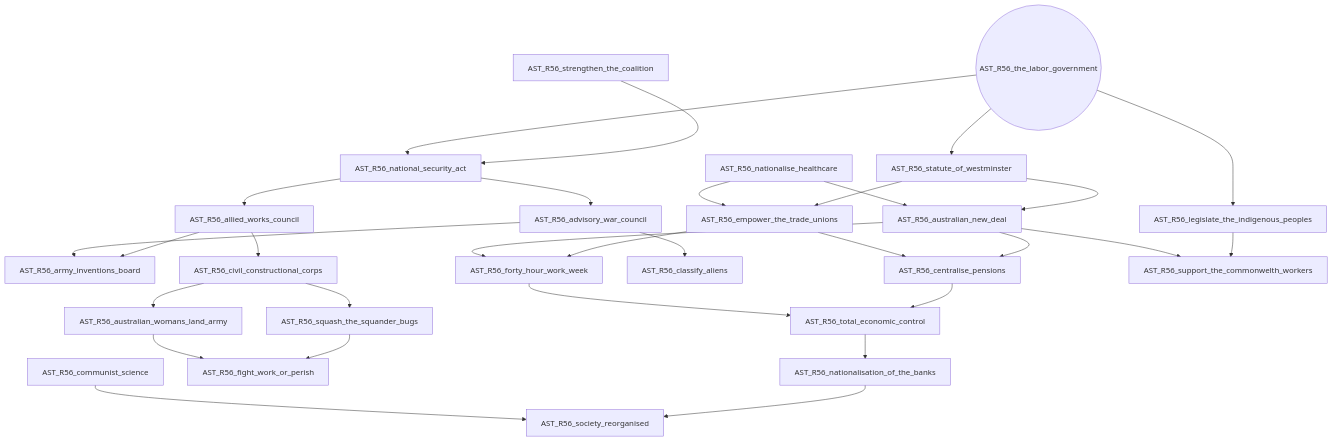
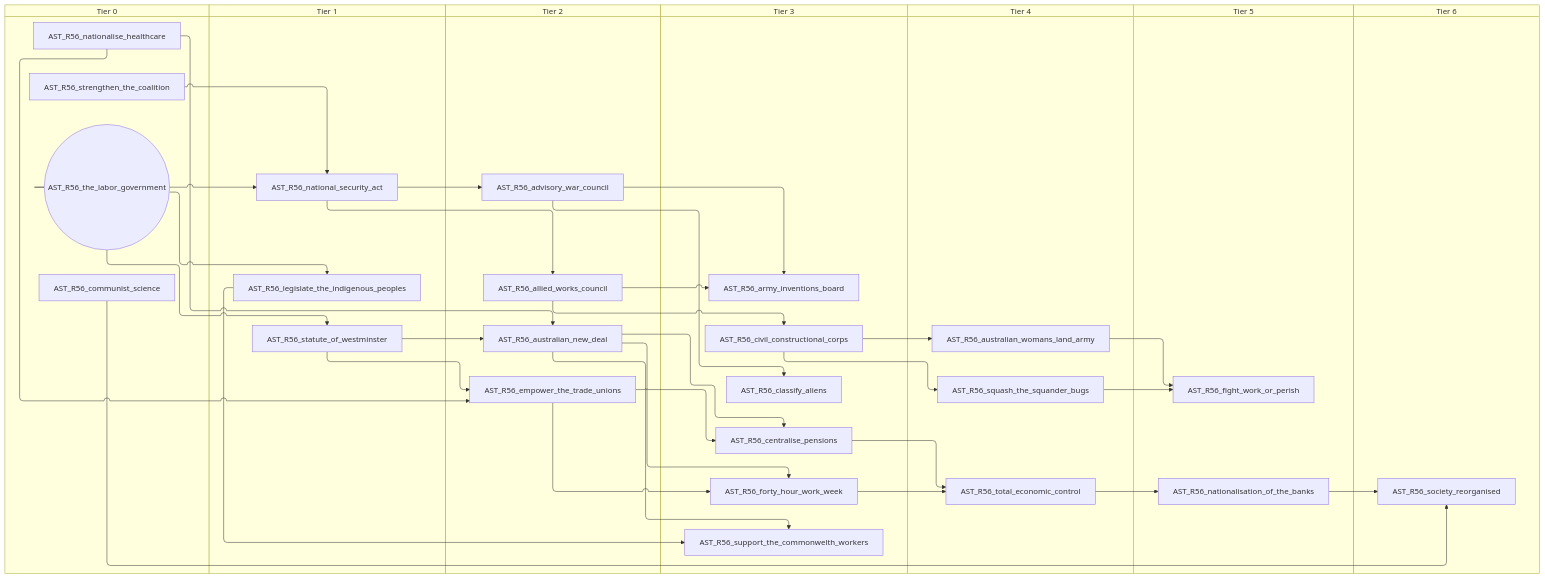
One commit to evgeny-sobol/hoi4-sandbox-mode-r56 changed diagram 11 of 12 in docs/gdd/National Focuses/australia.md. Above: the diagram before and after it, drawn with Mermaid. The commit also changed other lines of this file and 423 other files, not shown here.

First line of the commit message:
Re-export Rt56 focus trees as swimlane diagrams

````diff
--- a/docs/gdd/National Focuses/australia.md
+++ b/docs/gdd/National Focuses/australia.md
@@ -549,55 +669,69 @@
 ```mermaid
-flowchart TD
-    n142["AST_R56_advisory_war_council"]
-    n143["AST_R56_allied_works_council"]
-    n146["AST_R56_army_inventions_board"]
-    n4["AST_R56_australian_new_deal"]
-    n147["AST_R56_australian_womans_land_army"]
-    n5["AST_R56_centralise_pensions"]
-    n148["AST_R56_civil_constructional_corps"]
-    n149["AST_R56_classify_aliens"]
-    n7["AST_R56_communist_science"]
-    n11["AST_R56_empower_the_trade_unions"]
-    n153["AST_R56_fight_work_or_perish"]
-    n15["AST_R56_forty_hour_work_week"]
-    n18["AST_R56_legislate_the_indigenous_peoples"]
-    n154["AST_R56_national_security_act"]
-    n21["AST_R56_nationalisation_of_the_banks"]
-    n22["AST_R56_nationalise_healthcare"]
-    n27["AST_R56_society_reorganised"]
-    n156["AST_R56_squash_the_squander_bugs"]
-    n28["AST_R56_statute_of_westminster"]
-    n157["AST_R56_strengthen_the_coalition"]
-    n31["AST_R56_support_the_commonwelth_workers"]
-    n159(("AST_R56_the_labor_government"))
-    n35["AST_R56_total_economic_control"]
-    n154 --> n142
-    n154 --> n143
-    n143 --> n146
-    n142 --> n146
-    n28 --> n4
-    n22 --> n4
-    n148 --> n147
-    n4 --> n5
-    n11 --> n5
-    n143 --> n148
-    n142 --> n149
-    n28 --> n11
-    n22 --> n11
-    n156 --> n153
-    n147 --> n153
-    n11 --> n15
-    n4 --> n15
-    n159 --> n18
-    n157 --> n154
-    n159 --> n154
-    n35 --> n21
-    n21 --> n27
-    n7 --> n27
-    n148 --> n156
-    n159 --> n28
-    n18 --> n31
-    n4 --> n31
-    n5 --> n35
-    n15 --> n35
+swimlane-beta TD
+    subgraph tier_0["Tier 0"]
+        n31["AST_R56_communist_science"]
+        n13["AST_R56_nationalise_healthcare"]
+        n142["AST_R56_strengthen_the_coalition"]
+        n143(("AST_R56_the_labor_government"))
+    end
+    subgraph tier_1["Tier 1"]
+        n5["AST_R56_legislate_the_indigenous_peoples"]
+        n147["AST_R56_national_security_act"]
+        n7["AST_R56_statute_of_westminster"]
+    end
+    subgraph tier_2["Tier 2"]
+        n148["AST_R56_advisory_war_council"]
+        n149["AST_R56_allied_works_council"]
+        n15["AST_R56_australian_new_deal"]
+        n16["AST_R56_empower_the_trade_unions"]
+    end
+    subgraph tier_3["Tier 3"]
+        n152["AST_R56_army_inventions_board"]
+        n20["AST_R56_centralise_pensions"]
+        n153["AST_R56_civil_constructional_corps"]
+        n154["AST_R56_classify_aliens"]
+        n21["AST_R56_forty_hour_work_week"]
+        n23["AST_R56_support_the_commonwelth_workers"]
+    end
+    subgraph tier_4["Tier 4"]
+        n157["AST_R56_australian_womans_land_army"]
+        n158["AST_R56_squash_the_squander_bugs"]
+        n30["AST_R56_total_economic_control"]
+    end
+    subgraph tier_5["Tier 5"]
+        n159["AST_R56_fight_work_or_perish"]
+        n33["AST_R56_nationalisation_of_the_banks"]
+    end
+    subgraph tier_6["Tier 6"]
+        n36["AST_R56_society_reorganised"]
+    end
+    n147 --> n148
+    n147 --> n149
+    n149 --> n152
+    n148 --> n152
+    n7 --> n15
+    n13 --> n15
+    n153 --> n157
+    n15 --> n20
+    n16 --> n20
+    n149 --> n153
+    n148 --> n154
+    n7 --> n16
+    n13 --> n16
+    n158 --> n159
+    n157 --> n159
+    n16 --> n21
+    n15 --> n21
+    n143 --> n5
+    n142 --> n147
+    n143 --> n147
+    n30 --> n33
+    n33 --> n36
+    n31 --> n36
+    n153 --> n158
+    n143 --> n7
+    n5 --> n23
+    n15 --> n23
+    n20 --> n30
+    n21 --> n30
 ```
````
